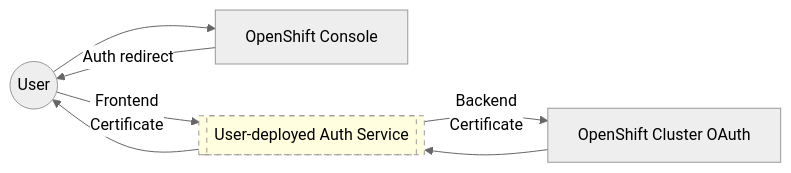
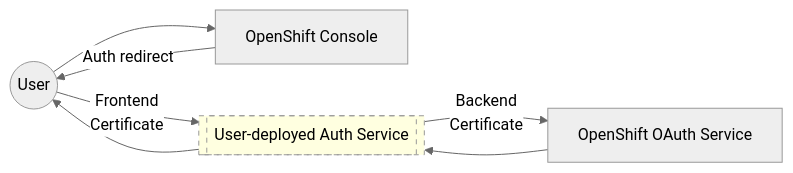
One commit to kincl/openshift-client-certificate-auth changed the third of 3 diagrams in README.md. Above: the diagram before and after it, drawn with Mermaid (neutral theme). The commit also changed other lines of this file, not shown here.

Commit message:
clarify graphs

````diff
--- a/README.md
+++ b/README.md
@@ -48,14 +48,14 @@
 ```mermaid
 flowchart LR
   user((User))
   console[OpenShift Console]
-  oauth[OpenShift Cluster OAuth]
+  oauth[OpenShift OAuth Service]
   service[[User-deployed Auth Service]] 
   style service fill:lightyellow,stroke-dasharray: 5 5
   user-->console
   console-- Auth redirect -->user
   user-- Frontend\nCertificate -->service
   service-- Backend\nCertificate -->oauth
   oauth-->service
   service-->user
 ```
````
